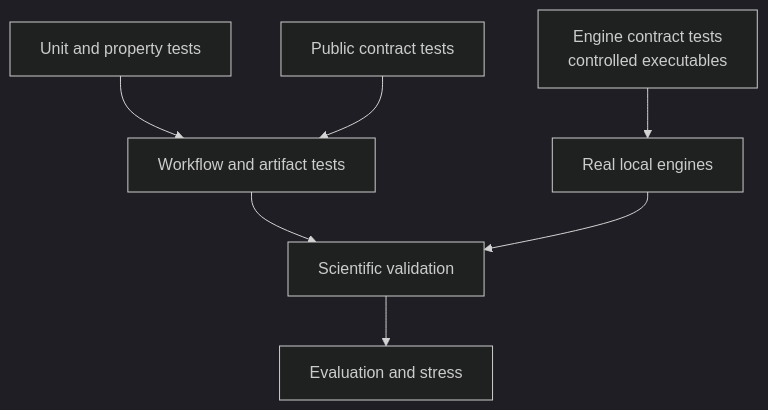
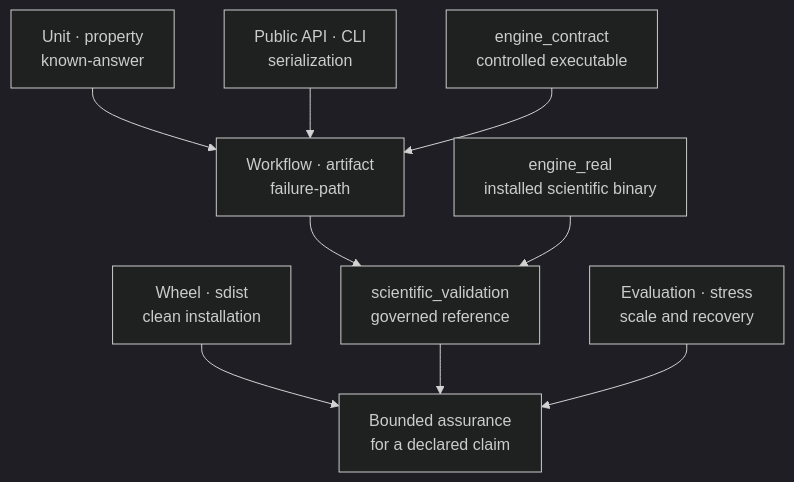
The first of 2 diagrams in docs/01-bijux-phylogenetics/quality/test-strategy.md (bijux/bijux-phylogenetics), drawn with Mermaid (dark theme) before and after one commit. The commit also changed other lines of this file and 2 other files, not shown here.

Commit message:
docs(verification): define numerical assurance boundaries

````diff
--- a/docs/01-bijux-phylogenetics/quality/test-strategy.md
+++ b/docs/01-bijux-phylogenetics/quality/test-strategy.md
@@ -17,17 +18,21 @@
 ```mermaid
 flowchart TB
-    unit["Unit and property tests"]
-    contract["Public contract tests"]
-    integration["Workflow and artifact tests"]
-    fake["Engine contract tests<br/>controlled executables"]
-    real["Real local engines"]
-    science["Scientific validation"]
-    stress["Evaluation and stress"]
+    local["Unit · property<br/>known-answer"]
+    contract["Public API · CLI<br/>serialization"]
+    workflow["Workflow · artifact<br/>failure-path"]
+    engine_contract["engine_contract<br/>controlled executable"]
+    package["Wheel · sdist<br/>clean installation"]
+    engine_real["engine_real<br/>installed scientific binary"]
+    validation["scientific_validation<br/>governed reference"]
+    evaluation["Evaluation · stress<br/>scale and recovery"]
+    evidence["Bounded assurance<br/>for a declared claim"]
 
-    unit --> integration
-    contract --> integration
-    fake --> real
-    integration --> science
-    real --> science
-    science --> stress
+    local --> workflow
+    contract --> workflow
+    engine_contract --> workflow
+    workflow --> validation
+    package --> evidence
+    engine_real --> validation
+    validation --> evidence
+    evaluation --> evidence
 ```
````
